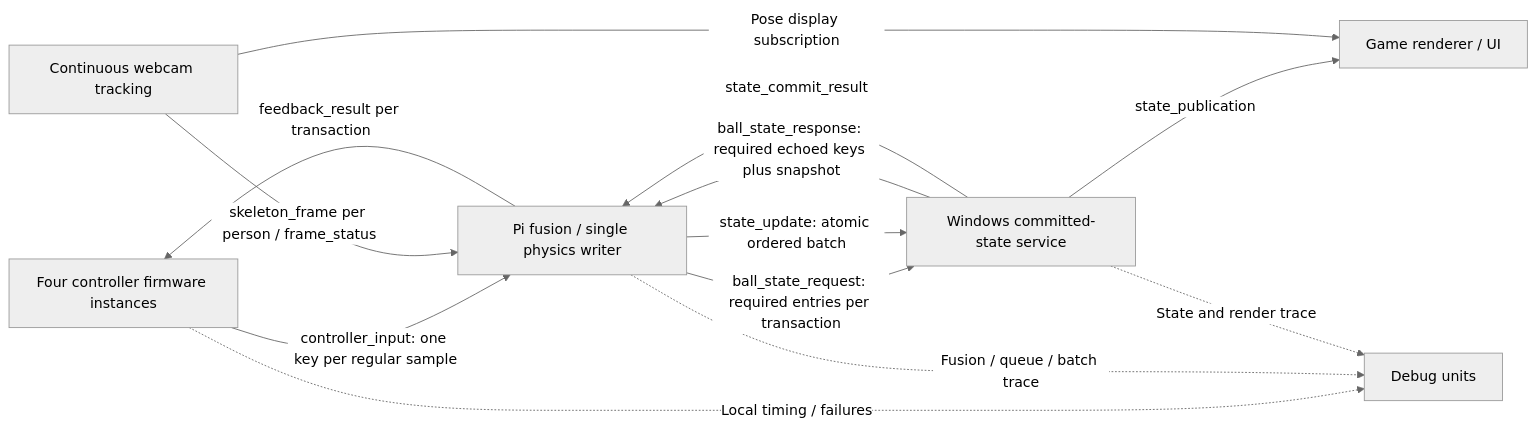
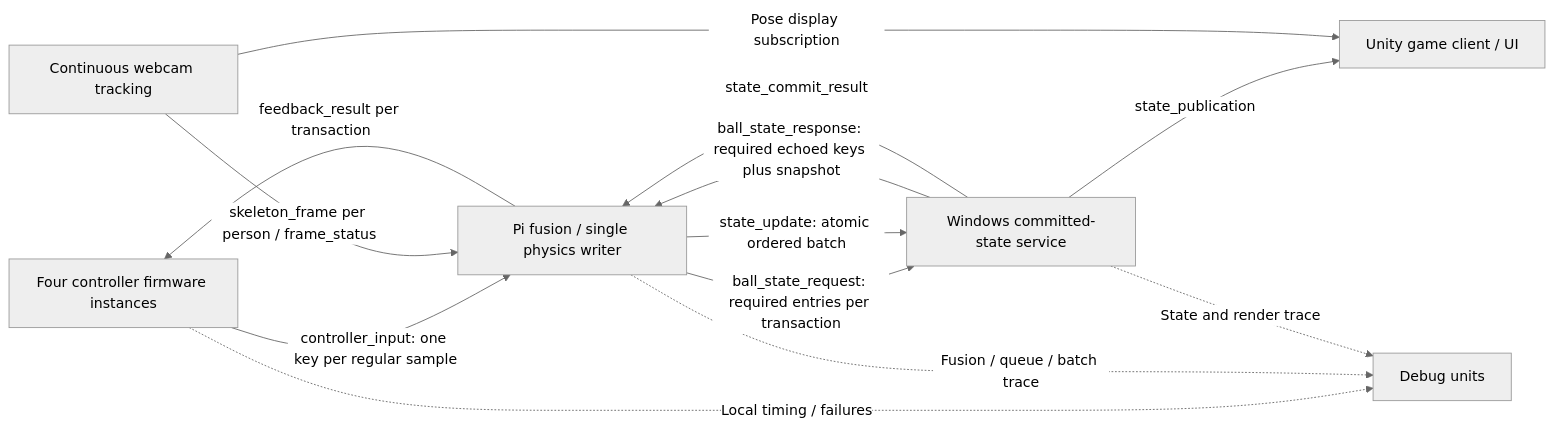
One commit to motion-tennis/documentation changed the second of 3 diagrams in docs/architecture.md. Above: the diagram before and after it, drawn with Mermaid (neutral theme). The commit also changed other lines of this file and 13 other files, not shown here.

Commit message:
docs: select Unity for game rendering and UI

````diff
--- a/docs/architecture.md
+++ b/docs/architecture.md
@@ -48,21 +48,21 @@
 ```mermaid
 flowchart LR
     C["Four controller firmware instances"]
     T["Continuous webcam tracking"]
     P["Pi fusion / single physics writer"]
     G["Windows committed-state service"]
-    R["Game renderer / UI"]
+    R["Unity game client / UI"]
     D["Debug units"]
     C -->|"controller_input: one key per regular sample"| P
     T -->|"skeleton_frame per person / frame_status"| P
     P -->|"ball_state_request: required entries per transaction"| G
     G -->|"ball_state_response: required echoed keys plus snapshot"| P
     P -->|"state_update: atomic ordered batch"| G
     G -->|"state_commit_result"| P
     P -->|"feedback_result per transaction"| C
     G -->|"state_publication"| R
     T -->|"Pose display subscription"| R
     C -.->|"Local timing / failures"| D
     P -.->|"Fusion / queue / batch trace"| D
     G -.->|"State and render trace"| D
 ```
````
